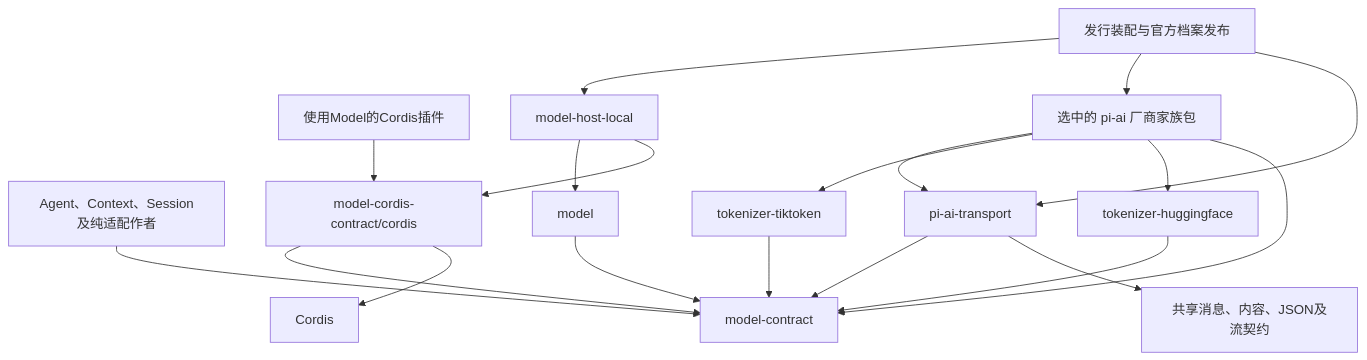
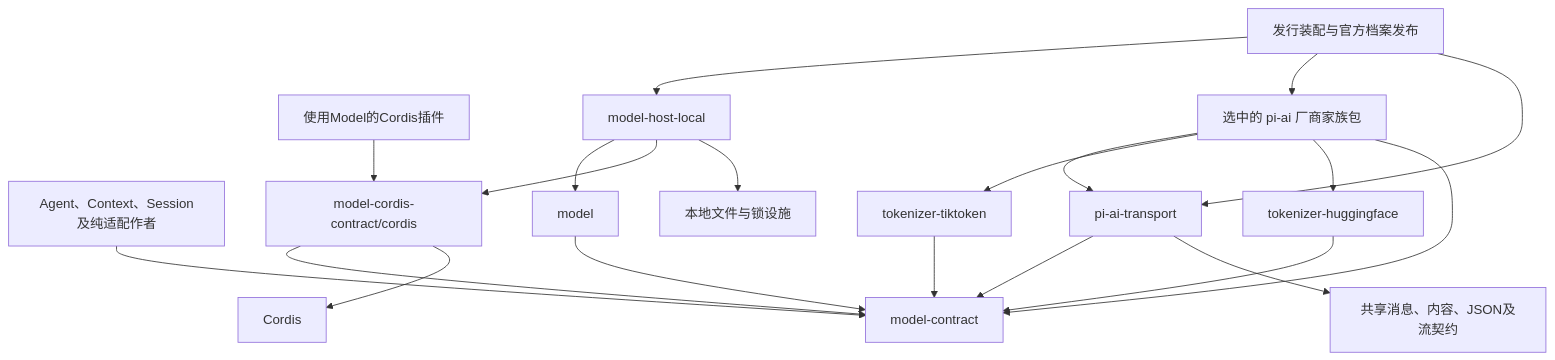
The second of 2 diagrams in packages/model/docs/architecture.md (nemori-ai/omne-harness-lite), drawn with Mermaid before and after one commit. The commit also changed other lines of this file and 12 other files, not shown here.

````diff
--- a/packages/model/docs/architecture.md
+++ b/packages/model/docs/architecture.md
@@ -60,21 +60,22 @@
 ```mermaid
 flowchart TD
   Caller[Agent、Context、Session及纯适配作者] --> Contract[model-contract]
   Plugin[使用Model的Cordis插件] --> CC[model-cordis-contract/cordis]
   CC --> Contract
   CC --> Cordis[Cordis]
   Assembly[发行装配与官方档案发布] --> Host[model-host-local]
   Host --> Core[model]
   Host --> CC
+  Host --> Local[本地文件与锁设施]
   Core --> Contract
   Assembly --> Family[选中的 pi-ai 厂商家族包]
   Assembly --> Pi[pi-ai-transport]
   Family --> Pi
   Family --> Tik[tokenizer-tiktoken]
   Family --> HF[tokenizer-huggingface]
   Family --> Contract
   Tik --> Contract
   HF --> Contract
   Pi --> Contract
   Pi --> Common[共享消息、内容、JSON及流契约]
 ```
````
